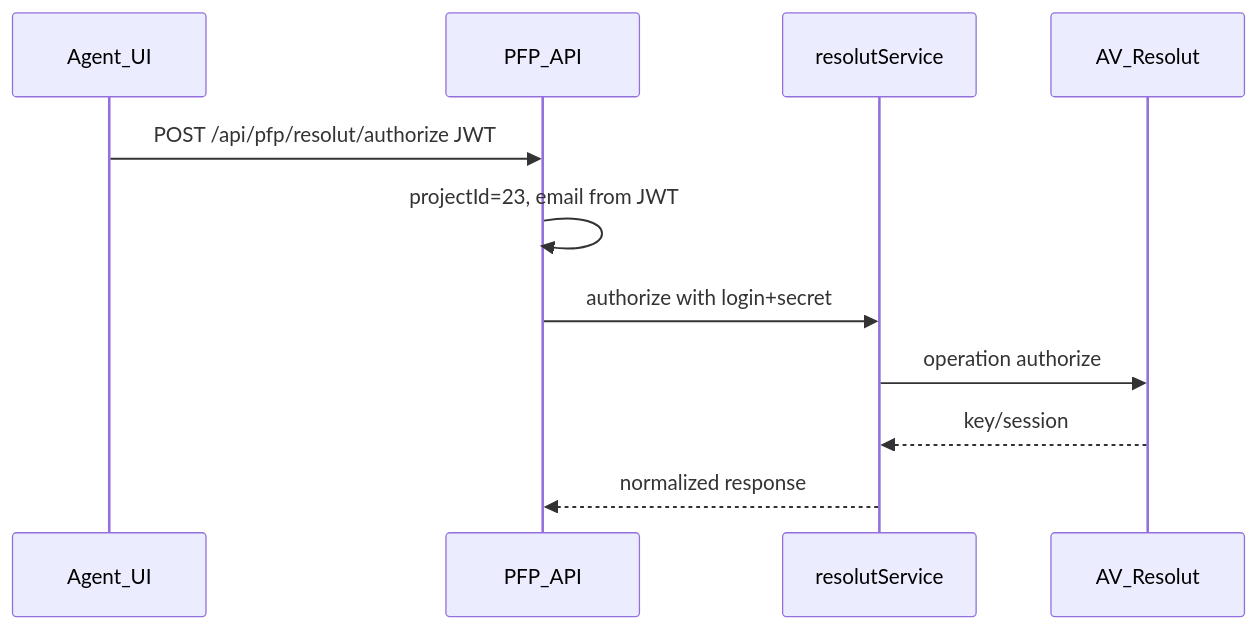
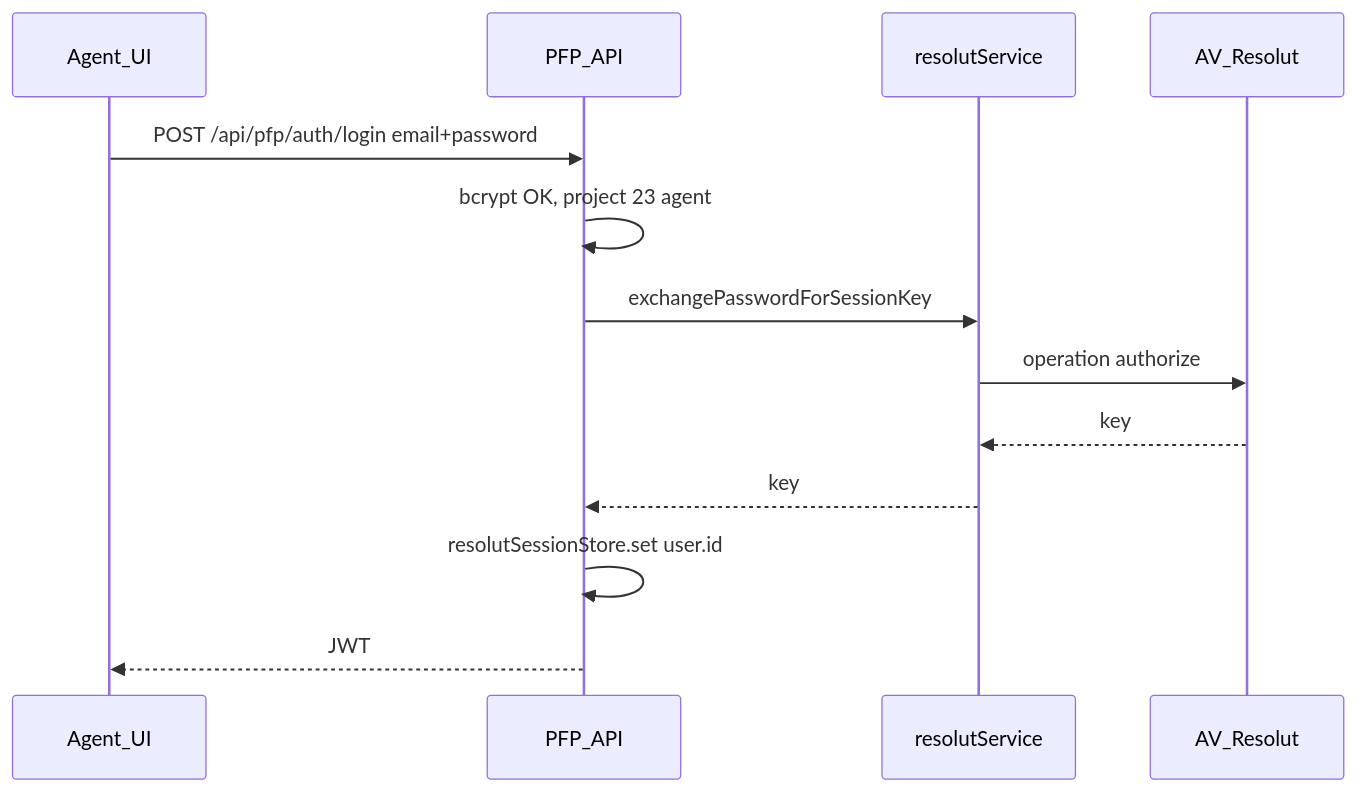
The diagram in docs/plans/avinform-resolut-integration-plan.md (viss1913/pfp_backend), drawn with Mermaid before and after one commit. The commit also changed other lines of this file and 10 other files, not shown here.

First line of the commit message:
Resolut: login-bound bearer only, drop agent env creds, Railway-friendly logs

````diff
--- a/docs/plans/avinform-resolut-integration-plan.md
+++ b/docs/plans/avinform-resolut-integration-plan.md
@@ -46,14 +36,16 @@
 ```mermaid
 sequenceDiagram
   participant Agent as Agent_UI
   participant PFP as PFP_API
   participant RS as resolutService
   participant AV as AV_Resolut
 
-  Agent->>PFP: POST /api/pfp/resolut/authorize JWT
-  PFP->>PFP: projectId=23, email from JWT
-  PFP->>RS: authorize with login+secret
+  Agent->>PFP: POST /api/pfp/auth/login email+password
+  PFP->>PFP: bcrypt OK, project 23 agent
+  PFP->>RS: exchangePasswordForSessionKey
   RS->>AV: operation authorize
-  AV-->>RS: key/session
-  RS-->>PFP: normalized response
+  AV-->>RS: key
+  RS-->>PFP: key
+  PFP->>PFP: resolutSessionStore.set user.id
+  PFP-->>Agent: JWT
 ```
````
